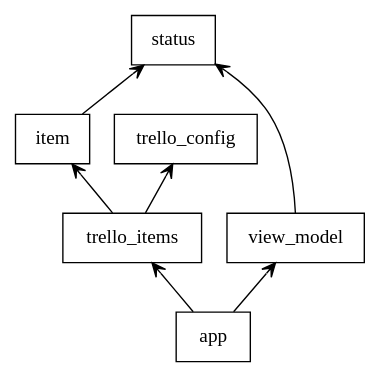
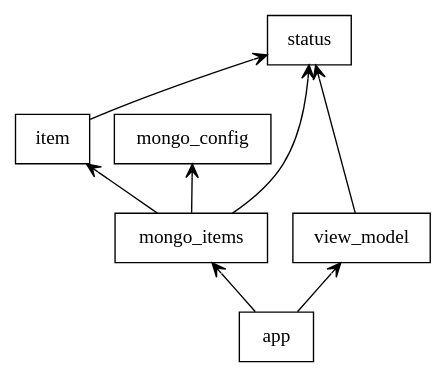
One commit to pcoulso1/DevOps-Course-Starter changed the diagram in docs/packages_ToDoApp.dot. Above: the diagram before and after it, drawn with Graphviz. The commit also changed 20 other files, not shown here.

```diff
--- a/docs/packages_ToDoApp.dot
+++ b/docs/packages_ToDoApp.dot
@@ -1,16 +1,17 @@
 digraph "packages_ToDoApp" {
 charset="utf-8"
 rankdir=BT
 "0" [label="app", shape="box"];
 "1" [label="item", shape="box"];
-"2" [label="status", shape="box"];
-"3" [label="trello_config", shape="box"];
-"4" [label="trello_items", shape="box"];
+"2" [label="mongo_config", shape="box"];
+"3" [label="mongo_items", shape="box"];
+"4" [label="status", shape="box"];
 "5" [label="view_model", shape="box"];
-"0" -> "4" [arrowhead="open", arrowtail="none"];
+"0" -> "3" [arrowhead="open", arrowtail="none"];
 "0" -> "5" [arrowhead="open", arrowtail="none"];
-"1" -> "2" [arrowhead="open", arrowtail="none"];
-"4" -> "1" [arrowhead="open", arrowtail="none"];
-"4" -> "3" [arrowhead="open", arrowtail="none"];
-"5" -> "2" [arrowhead="open", arrowtail="none"];
+"1" -> "4" [arrowhead="open", arrowtail="none"];
+"3" -> "1" [arrowhead="open", arrowtail="none"];
+"3" -> "2" [arrowhead="open", arrowtail="none"];
+"3" -> "4" [arrowhead="open", arrowtail="none"];
+"5" -> "4" [arrowhead="open", arrowtail="none"];
 }
```
